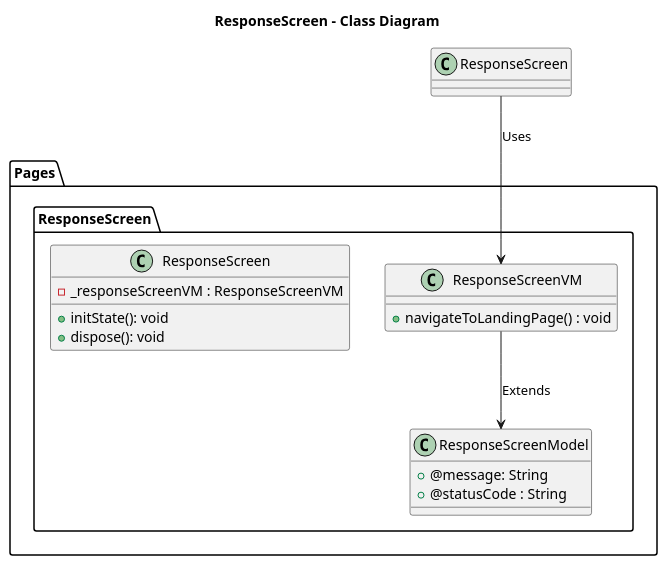
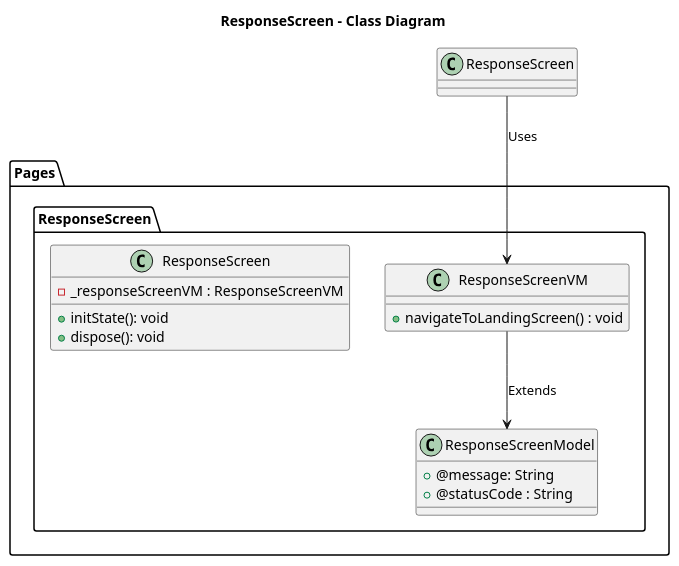
One commit to ThirumuruganArumugam/social_media changed the diagram in lib/Pages/ResponseScreen/Design/ResponseScreen-Class.puml. Above: the diagram before and after it, drawn with PlantUML. The commit also changed 11 other files, not shown here.

```diff
--- a/lib/Pages/ResponseScreen/Design/ResponseScreen-Class.puml
+++ b/lib/Pages/ResponseScreen/Design/ResponseScreen-Class.puml
@@ -1,24 +1,24 @@
 @startuml ResponseScreen - Class
 
 title ResponseScreen - Class Diagram
 
 package Pages{
     package ResponseScreen{
         class ResponseScreenModel{
             + @message: String
             + @statusCode : String
         }
         class ResponseScreenVM{
-            + navigateToLandingPage() : void
+            + navigateToLandingScreen() : void
         }
         class ResponseScreen{
             - _responseScreenVM : ResponseScreenVM
             + initState(): void
             + dispose(): void
         }
     }
 }
 
 ResponseScreen --> ResponseScreenVM : Uses
 ResponseScreenVM --> ResponseScreenModel : Extends
 @enduml
```
